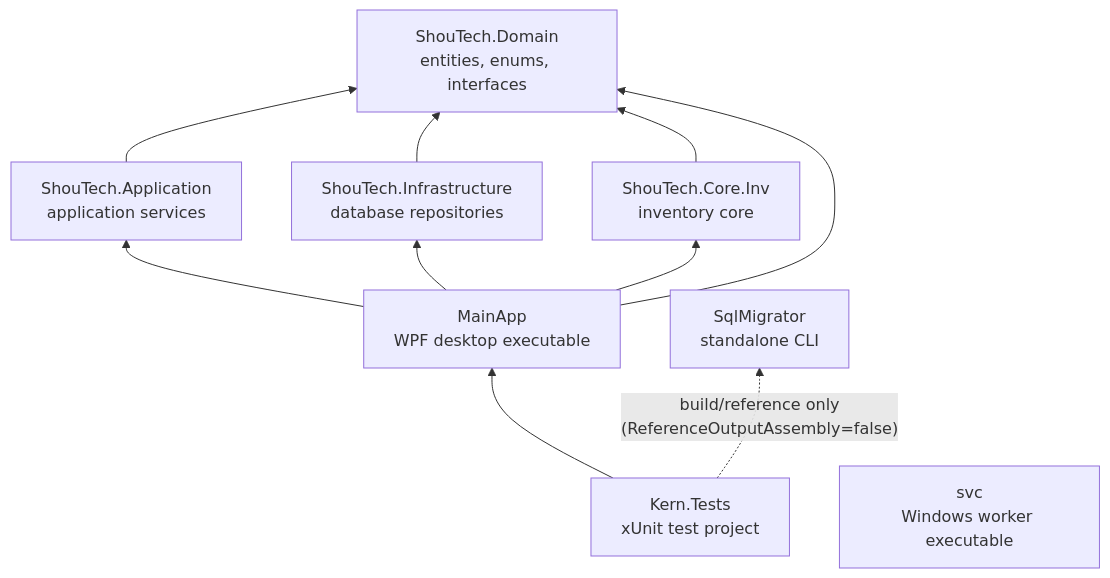
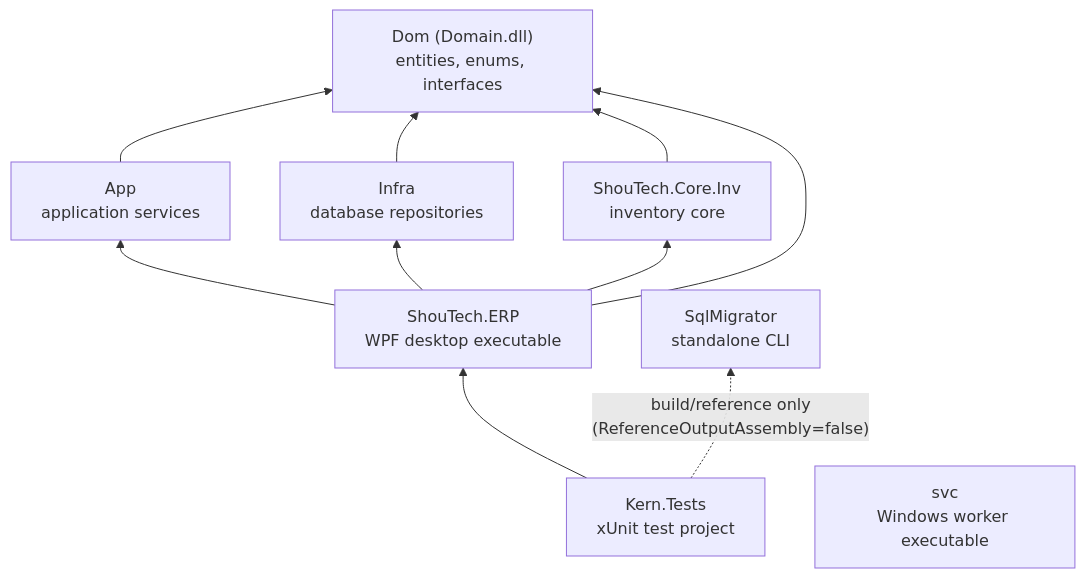
One commit to Roni4422/ShouTech changed the second of 4 diagrams in docs/ARCHITECTURE.md. Above: the diagram before and after it, drawn with Mermaid. The commit also changed other lines of this file, not shown here.

Commit message:
Align architecture guide with canonical root project names

````diff
--- a/docs/ARCHITECTURE.md
+++ b/docs/ARCHITECTURE.md
@@ -39,21 +39,21 @@
 ```mermaid
 flowchart BT
-    Domain["ShouTech.Domain<br/>entities, enums, interfaces"]
-    Application["ShouTech.Application<br/>application services"]
-    Infrastructure["ShouTech.Infrastructure<br/>database repositories"]
+    Domain["Dom (Domain.dll)<br/>entities, enums, interfaces"]
+    Application["App<br/>application services"]
+    Infrastructure["Infra<br/>database repositories"]
     Inventory["ShouTech.Core.Inv<br/>inventory core"]
-    MainApp["MainApp<br/>WPF desktop executable"]
+    ShouTech.ERP["ShouTech.ERP<br/>WPF desktop executable"]
     Tests["Kern.Tests<br/>xUnit test project"]
     Migrator["SqlMigrator<br/>standalone CLI"]
     Service["svc<br/>Windows worker executable"]
 
     Application --> Domain
     Infrastructure --> Domain
     Inventory --> Domain
-    MainApp --> Domain
-    MainApp --> Application
-    MainApp --> Infrastructure
-    MainApp --> Inventory
-    Tests --> MainApp
+    ShouTech.ERP --> Domain
+    ShouTech.ERP --> Application
+    ShouTech.ERP --> Infrastructure
+    ShouTech.ERP --> Inventory
+    Tests --> ShouTech.ERP
     Tests -. "build/reference only<br/>(ReferenceOutputAssembly=false)" .-> Migrator
 ```
````
